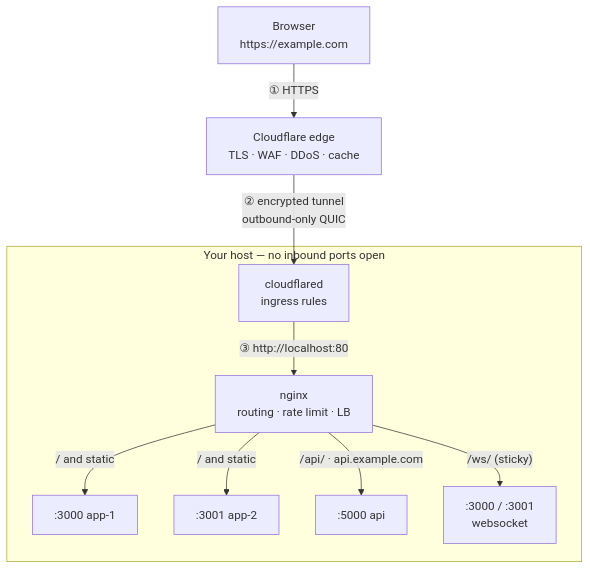
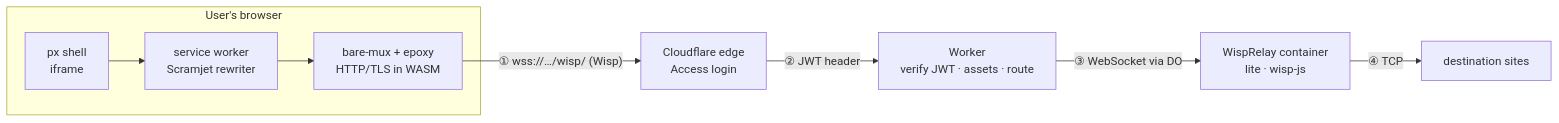
One commit to GeorgeKittle85/SteveYoung changed the diagram in ARCHITECTURE.md. Above: the diagram before and after it, drawn with Mermaid. The commit also changed other lines of this file and 38 other files, not shown here.

````diff
--- a/ARCHITECTURE.md
+++ b/ARCHITECTURE.md
@@ -50,13 +50,11 @@
 ```mermaid
-flowchart TD
-    B["Browser<br/>https://example.com"] -->|"① HTTPS"| CF["Cloudflare edge<br/>TLS · WAF · DDoS · cache"]
-    CF -->|"② encrypted tunnel<br/>outbound-only QUIC"| CD["cloudflared<br/>ingress rules"]
-
-    subgraph HOST["Your host — no inbound ports open"]
-        CD -->|"③ http://localhost:80"| NG["nginx<br/>routing · rate limit · LB"]
-        NG -->|"/ and static"| A1[":3000 app-1"]
-        NG -->|"/ and static"| A2[":3001 app-2"]
-        NG -->|"/api/ · api.example.com"| API[":5000 api"]
-        NG -->|"/ws/ (sticky)"| WS[":3000 / :3001<br/>websocket"]
+flowchart LR
+    subgraph B["User's browser"]
+        UI["px shell<br/>iframe"] --> SW["service worker<br/>Scramjet rewriter"]
+        SW --> TX["bare-mux + epoxy<br/>HTTP/TLS in WASM"]
     end
+    TX -->|"① wss://…/wisp/ (Wisp)"| CF["Cloudflare edge<br/>Access login"]
+    CF -->|"② JWT header"| W["Worker<br/>verify JWT · assets · route"]
+    W -->|"③ WebSocket via DO"| R["WispRelay container<br/>lite · wisp-js"]
+    R -->|"④ TCP"| S["destination sites"]
 ```
````
